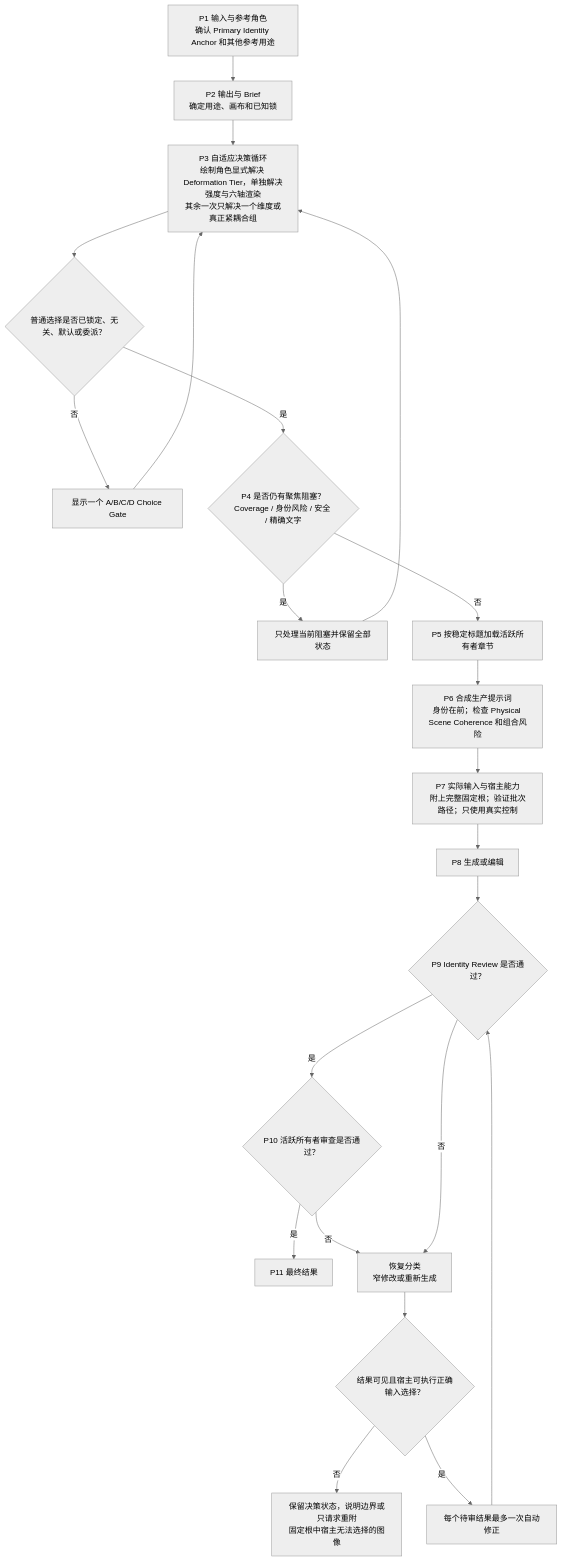
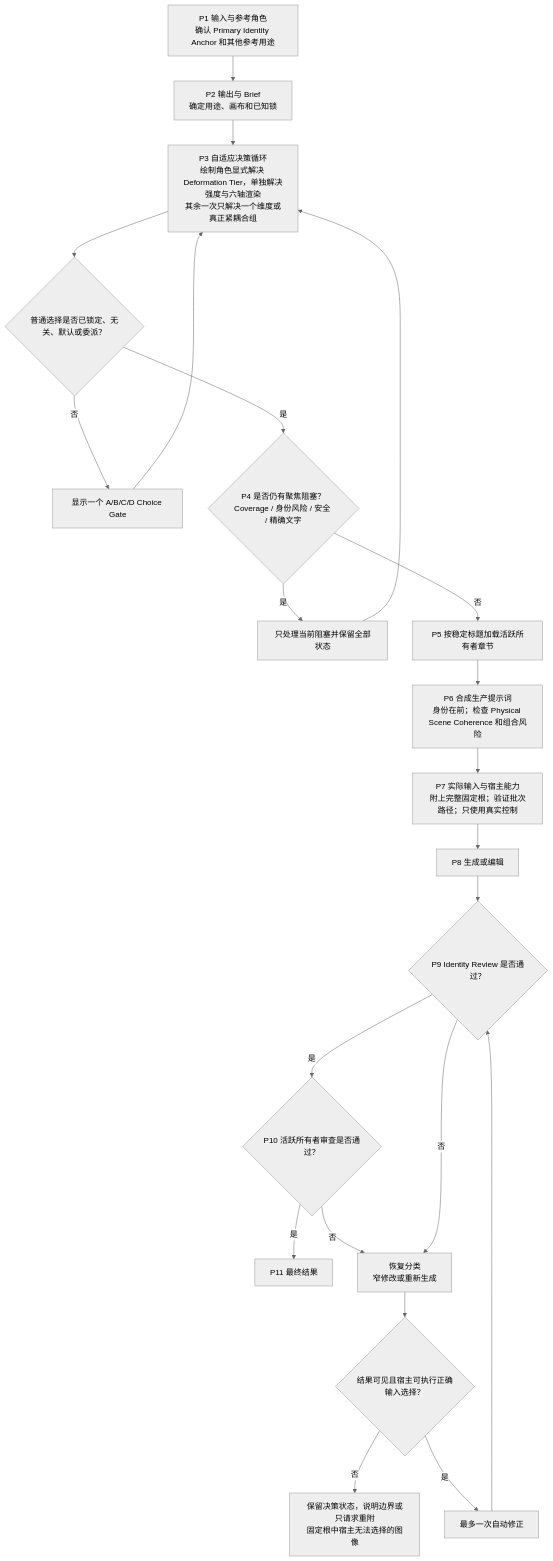
Before and after one commit to cyaoc/cast-me: the fourth of 13 diagrams in docs/architecture.md, drawn with Mermaid (neutral theme). The commit also changed other lines of this file and 2 other files, not shown here.

````diff
--- a/docs/architecture.md
+++ b/docs/architecture.md
@@ -218,24 +218,24 @@
 ```mermaid
 flowchart TD
     P1["P1 输入与参考角色<br/>确认 Primary Identity Anchor 和其他参考用途"] --> P2["P2 输出与 Brief<br/>确定用途、画布和已知锁"]
     P2 --> P3["P3 自适应决策循环<br/>绘制角色显式解决 Deformation Tier，单独解决强度与六轴渲染<br/>其余一次只解决一个维度或真正紧耦合组"]
     P3 --> ORDINARY{"普通选择是否已锁定、无关、默认或委派？"}
     ORDINARY -- 否 --> GATE["显示一个 A/B/C/D Choice Gate"]
     GATE --> P3
     ORDINARY -- 是 --> P4{"P4 是否仍有聚焦阻塞？<br/>Coverage / 身份风险 / 安全 / 精确文字"}
     P4 -- 是 --> FOCUSED["只处理当前阻塞并保留全部状态"]
     FOCUSED --> P3
     P4 -- 否 --> P5["P5 按稳定标题加载活跃所有者章节"]
     P5 --> P6["P6 合成生产提示词<br/>身份在前；检查 Physical Scene Coherence 和组合风险"]
     P6 --> P7["P7 实际输入与宿主能力<br/>附上完整固定根；验证批次路径；只使用真实控制"]
     P7 --> P8["P8 生成或编辑"]
     P8 --> P9{"P9 Identity Review 是否通过？"}
     P9 -- 是 --> P10{"P10 活跃所有者审查是否通过？"}
     P10 -- 是 --> P11["P11 最终结果"]
     P10 -- 否 --> RECOVERY["恢复分类<br/>窄修改或重新生成"]
     P9 -- 否 --> RECOVERY
     RECOVERY --> CAPABLE{"结果可见且宿主可执行正确输入选择？"}
     CAPABLE -- 否 --> STOP["保留决策状态，说明边界或只请求重附<br/>固定根中宿主无法选择的图像"]
-    CAPABLE -- 是 --> ONCE["每个待审结果最多一次自动修正"]
+    CAPABLE -- 是 --> ONCE["最多一次自动修正"]
     ONCE --> P9
 ```
````
